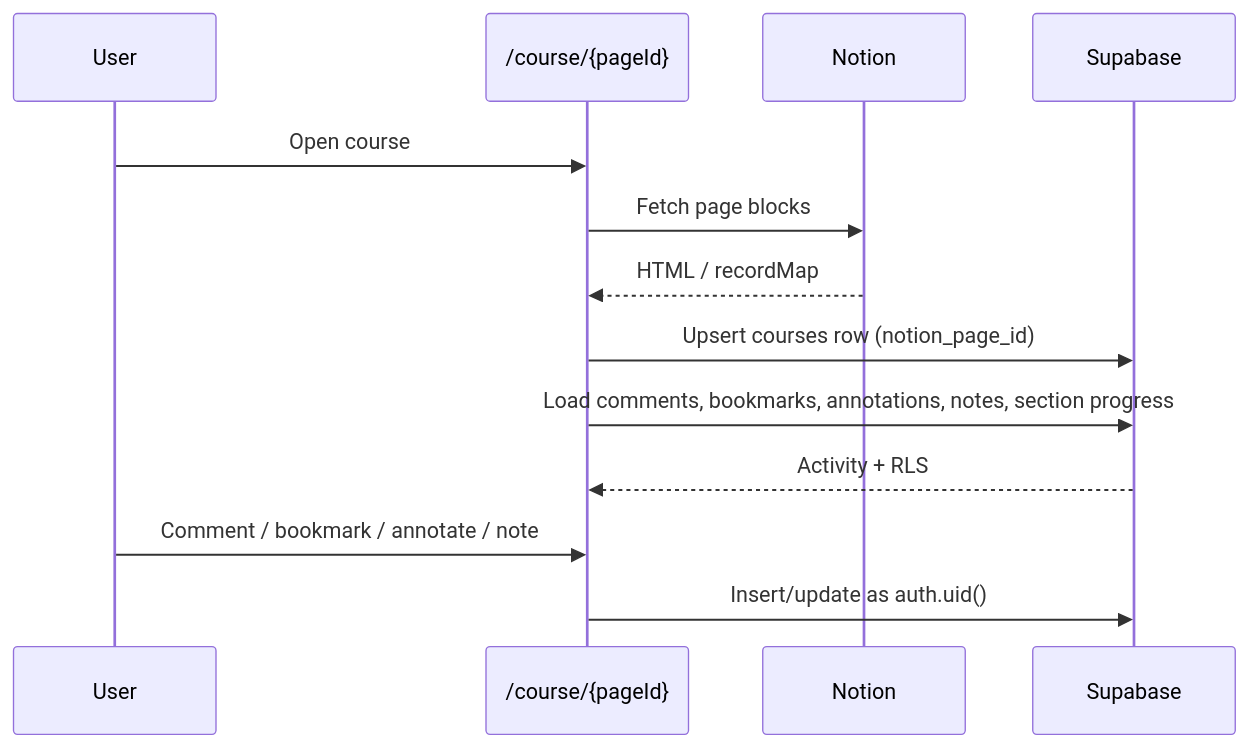
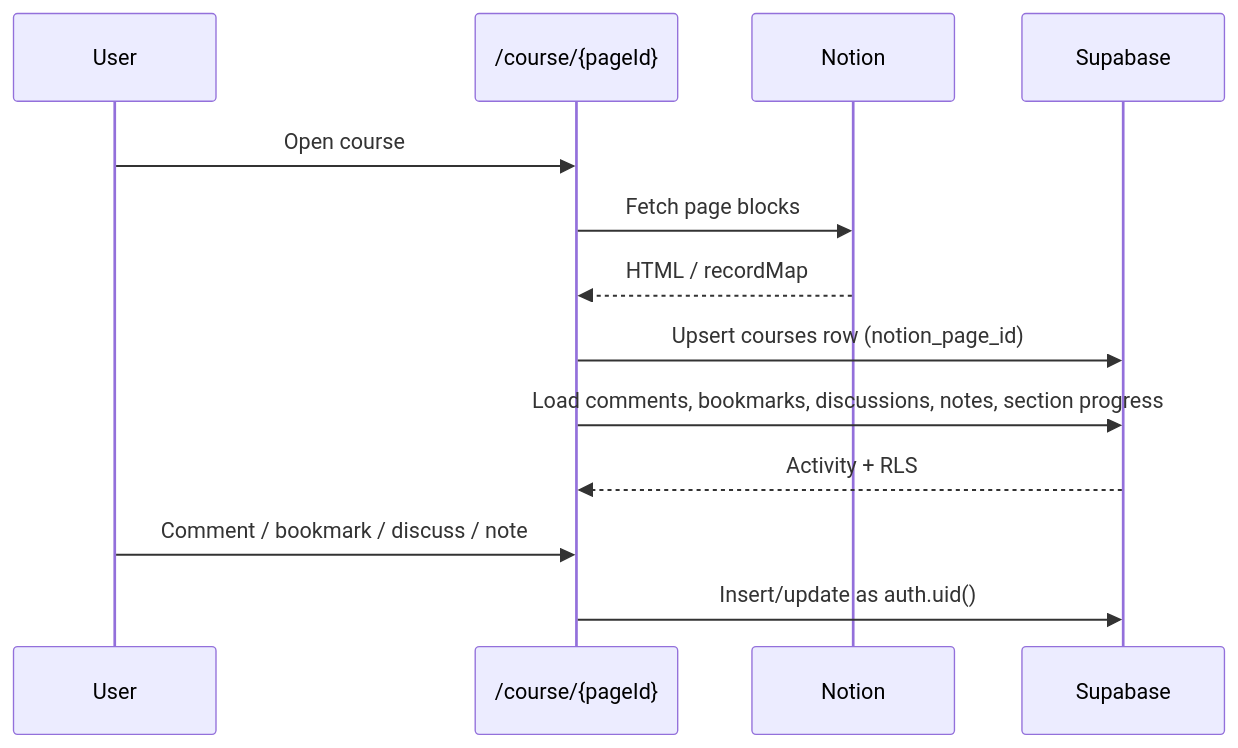
Before and after one commit to coursetexts/notion-site: the third of 4 diagrams in docs/architecture.md, drawn with Mermaid. The commit also changed other lines of this file and 34 other files, not shown here.

````diff
--- a/docs/architecture.md
+++ b/docs/architecture.md
@@ -149,16 +149,16 @@
 ```mermaid
 sequenceDiagram
   participant User
   participant Page as /course/{pageId}
   participant Notion
   participant SB as Supabase
 
   User->>Page: Open course
   Page->>Notion: Fetch page blocks
   Notion-->>Page: HTML / recordMap
   Page->>SB: Upsert courses row (notion_page_id)
-  Page->>SB: Load comments, bookmarks, annotations, notes, section progress
+  Page->>SB: Load comments, bookmarks, discussions, notes, section progress
   SB-->>Page: Activity + RLS
-  User->>Page: Comment / bookmark / annotate / note
+  User->>Page: Comment / bookmark / discuss / note
   Page->>SB: Insert/update as auth.uid()
 ```
````
